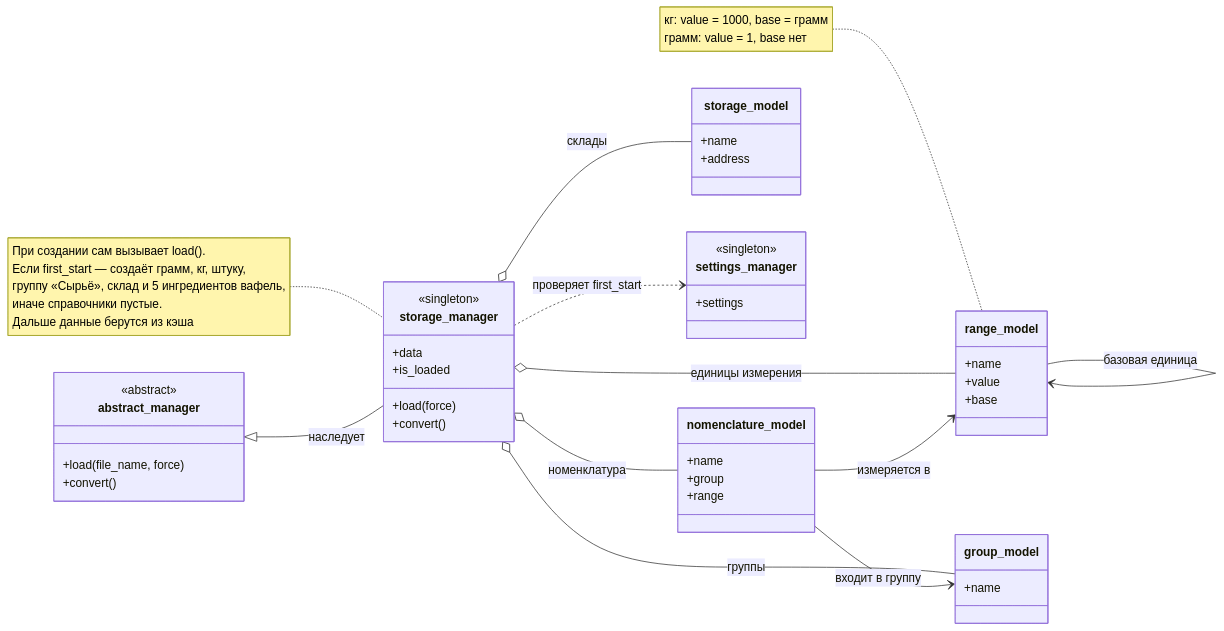
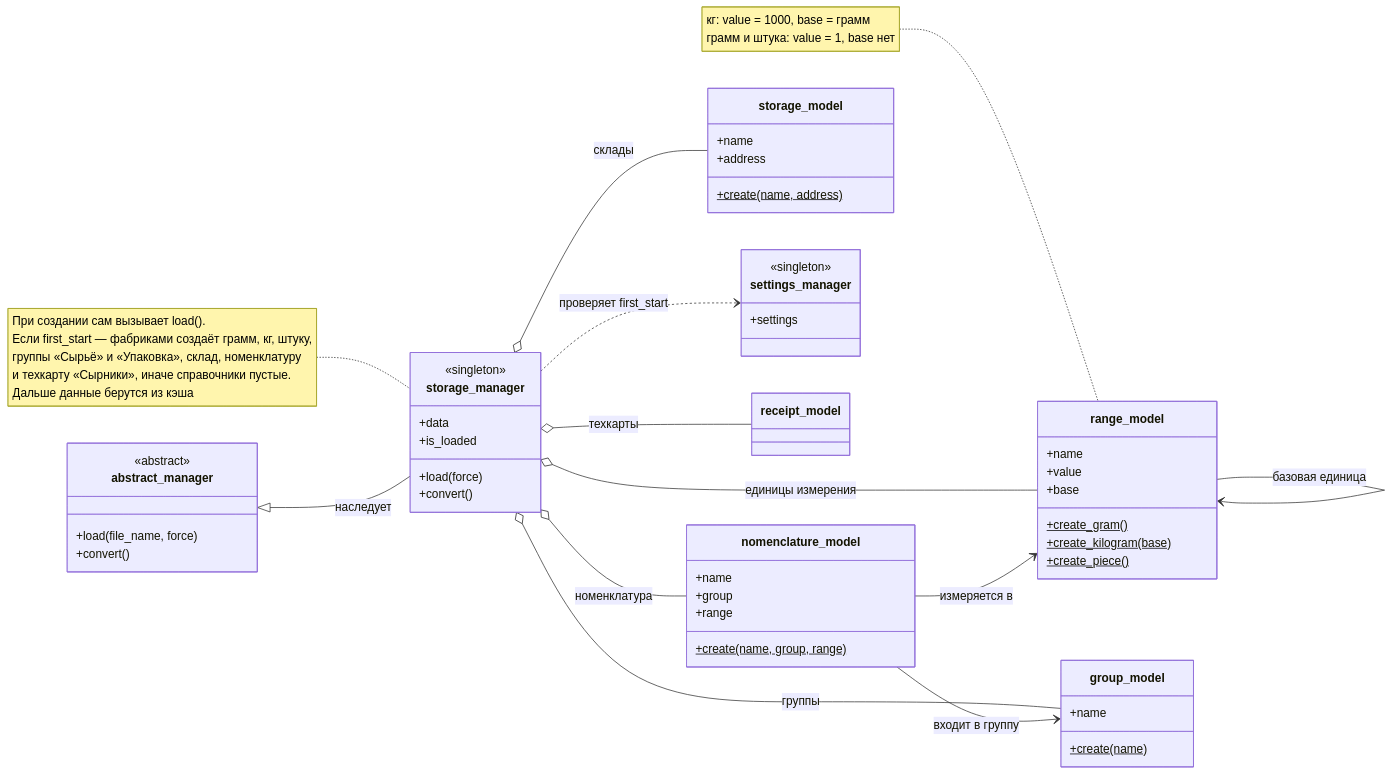
One commit to zenderio-dev/patterns_HW changed the second of 3 diagrams in Docs/Uml.md. Above: the diagram before and after it, drawn with Mermaid. The commit also changed other lines of this file and 1 other file, not shown here.

Commit message:
add uml diagram for receipt models

````diff
--- a/Docs/Uml.md
+++ b/Docs/Uml.md
@@ -56,57 +56,64 @@
 ```mermaid
 classDiagram
     direction LR
 
     class abstract_manager {
         <<abstract>>
         +load(file_name, force)
         +convert()
     }
 
     class storage_manager {
         <<singleton>>
         +load(force)
         +convert()
         +data
         +is_loaded
     }
 
     class range_model {
         +name
         +value
         +base
+        +create_gram()$
+        +create_kilogram(base)$
+        +create_piece()$
     }
 
     class group_model {
         +name
+        +create(name)$
     }
 
     class nomenclature_model {
         +name
         +group
         +range
+        +create(name, group, range)$
     }
 
     class storage_model {
         +name
         +address
+        +create(name, address)$
     }
 
     class settings_manager {
         <<singleton>>
         +settings
     }
 
     abstract_manager <|-- storage_manager : наследует
     storage_manager ..> settings_manager : проверяет first_start
     storage_manager o-- range_model : единицы измерения
     storage_manager o-- group_model : группы
     storage_manager o-- nomenclature_model : номенклатура
     storage_manager o-- storage_model : склады
+    storage_manager o-- receipt_model : техкарты
     nomenclature_model --> group_model : входит в группу
     nomenclature_model --> range_model : измеряется в
     range_model --> range_model : базовая единица
 
-    note for storage_manager "При создании сам вызывает load().<br>Если first_start — создаёт грамм, кг, штуку,<br>группу «Сырьё», склад и 5 ингредиентов вафель,<br>иначе справочники пустые.<br>Дальше данные берутся из кэша"
-    note for range_model "кг: value = 1000, base = грамм<br>грамм: value = 1, base нет"
+    note for storage_manager "При создании сам вызывает load().<br>Если first_start — фабриками создаёт грамм, кг, штуку,<br>группы «Сырьё» и «Упаковка», склад, номенклатуру<br>и техкарту «Сырники», иначе справочники пустые.<br>Дальше данные берутся из кэша"
+    note for range_model "кг: value = 1000, base = грамм<br>грамм и штука: value = 1, base нет"
 ```
````
